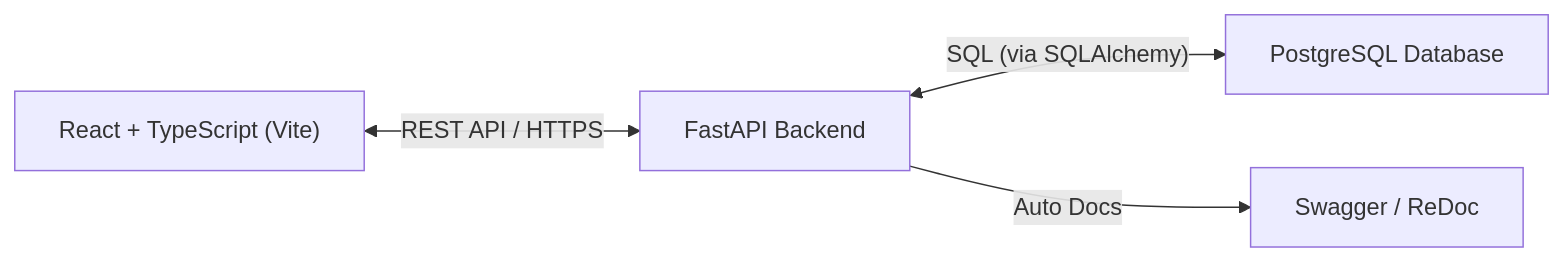
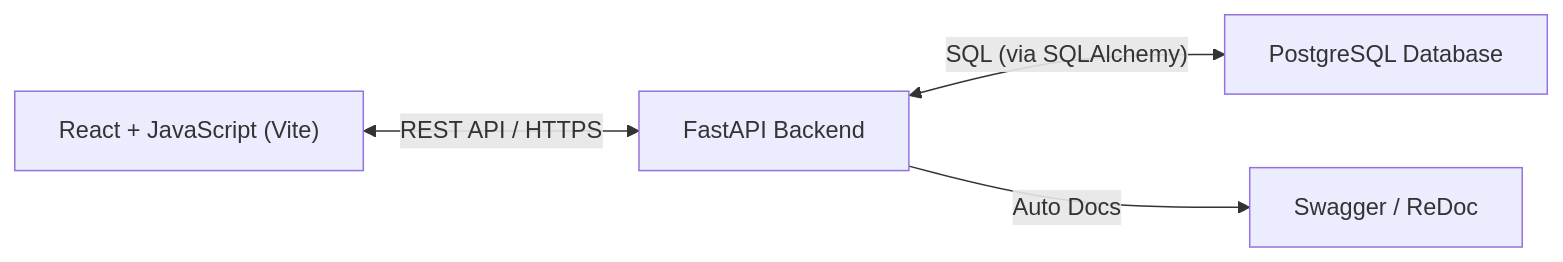
One commit to iamrupambiswas/HCLHackathon2025 changed the diagram in README.md. Above: the diagram before and after it, drawn with Mermaid. The commit also changed other lines of this file and 4663 other files, not shown here.

````diff
--- a/README.md
+++ b/README.md
@@ -10,6 +10,6 @@
 ```mermaid
 graph LR
-    A["React + TypeScript (Vite)"] <-->|"REST API / HTTPS"| B["FastAPI Backend"]
+    A["React + JavaScript (Vite)"] <-->|"REST API / HTTPS"| B["FastAPI Backend"]
     B <-->|"SQL (via SQLAlchemy)"| C["PostgreSQL Database"]
     B -->|"Auto Docs"| D["Swagger / ReDoc"]
 ```
````
